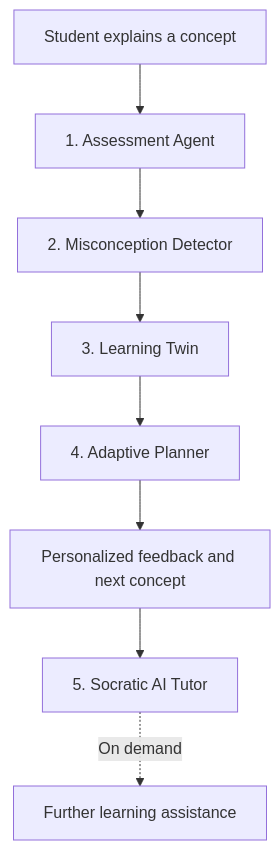
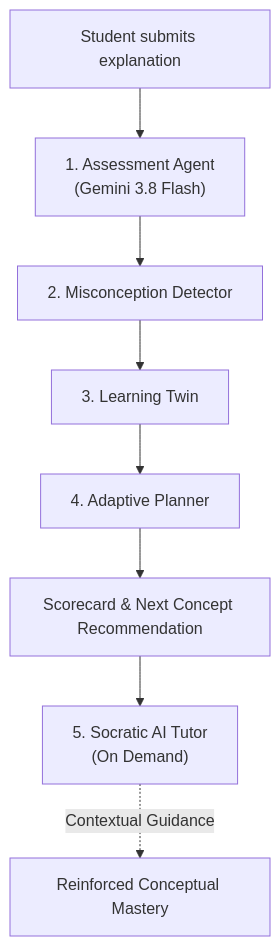
Before and after one commit to Thishanth-T/Cognify-adaptive-learning: the first of 2 diagrams in README.md, drawn with Mermaid. The commit also changed other lines of this file and 21 other files, not shown here.

````diff
--- a/README.md
+++ b/README.md
@@ -88,10 +94,10 @@
 ```mermaid
 flowchart TD
-    A["Student explains a concept"] --> B["1. Assessment Agent"]
+    A["Student submits explanation"] --> B["1. Assessment Agent\n(Gemini 3.8 Flash)"]
     B --> C["2. Misconception Detector"]
     C --> D["3. Learning Twin"]
     D --> E["4. Adaptive Planner"]
-    E --> F["Personalized feedback and next concept"]
-    F --> G["5. Socratic AI Tutor"]
-    G -. "On demand" .-> H["Further learning assistance"]
+    E --> F["Scorecard & Next Concept Recommendation"]
+    F --> G["5. Socratic AI Tutor\n(On Demand)"]
+    G -. "Contextual Guidance" .-> H["Reinforced Conceptual Mastery"]
 ```
````
